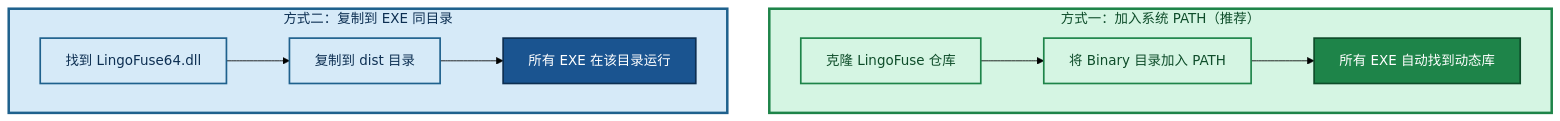
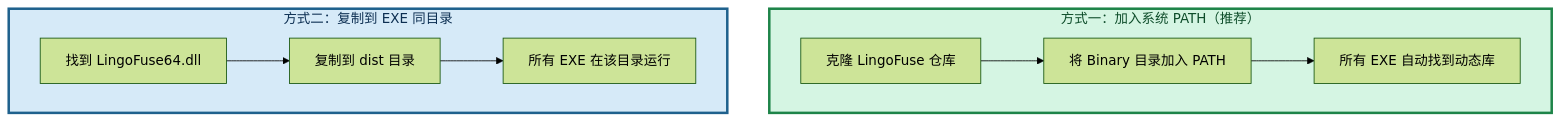
Before and after one commit to PassByYou888/LingoFuse-pasAgent: the fourth of 4 diagrams in Build_Guide.md, drawn with Mermaid (forest theme). The commit also changed other lines of this file and 33 other files, not shown here.

````diff
--- a/Build_Guide.md
+++ b/Build_Guide.md
@@ -301,21 +380,15 @@
 ```mermaid
 flowchart TB
     subgraph A["方式一：加入系统 PATH（推荐）"]
         A1["克隆 LingoFuse 仓库"] --> A2["将 Binary 目录加入 PATH"]
         A2 --> A3["所有 EXE 自动找到动态库"]
     end
 
     subgraph B["方式二：复制到 EXE 同目录"]
         B1["找到 LingoFuse64.dll"] --> B2["复制到 dist 目录"]
         B2 --> B3["所有 EXE 在该目录运行"]
     end
 
     style A fill:#D5F5E3,stroke:#1E8449,stroke-width:3px,color:#0E4D2A
     style B fill:#D6EAF8,stroke:#1F618D,stroke-width:3px,color:#0D2F52
-    style A1 fill:#D5F5E3,stroke:#1E8449,stroke-width:2px,color:#0E4D2A
-    style A2 fill:#D5F5E3,stroke:#1E8449,stroke-width:2px,color:#0E4D2A
-    style A3 fill:#1E8449,stroke:#0E4D2A,stroke-width:2px,color:#FFFFFF
-    style B1 fill:#D6EAF8,stroke:#1F618D,stroke-width:2px,color:#0D2F52
-    style B2 fill:#D6EAF8,stroke:#1F618D,stroke-width:2px,color:#0D2F52
-    style B3 fill:#1A5490,stroke:#0D2F52,stroke-width:2px,color:#FFFFFF
 ```
````
